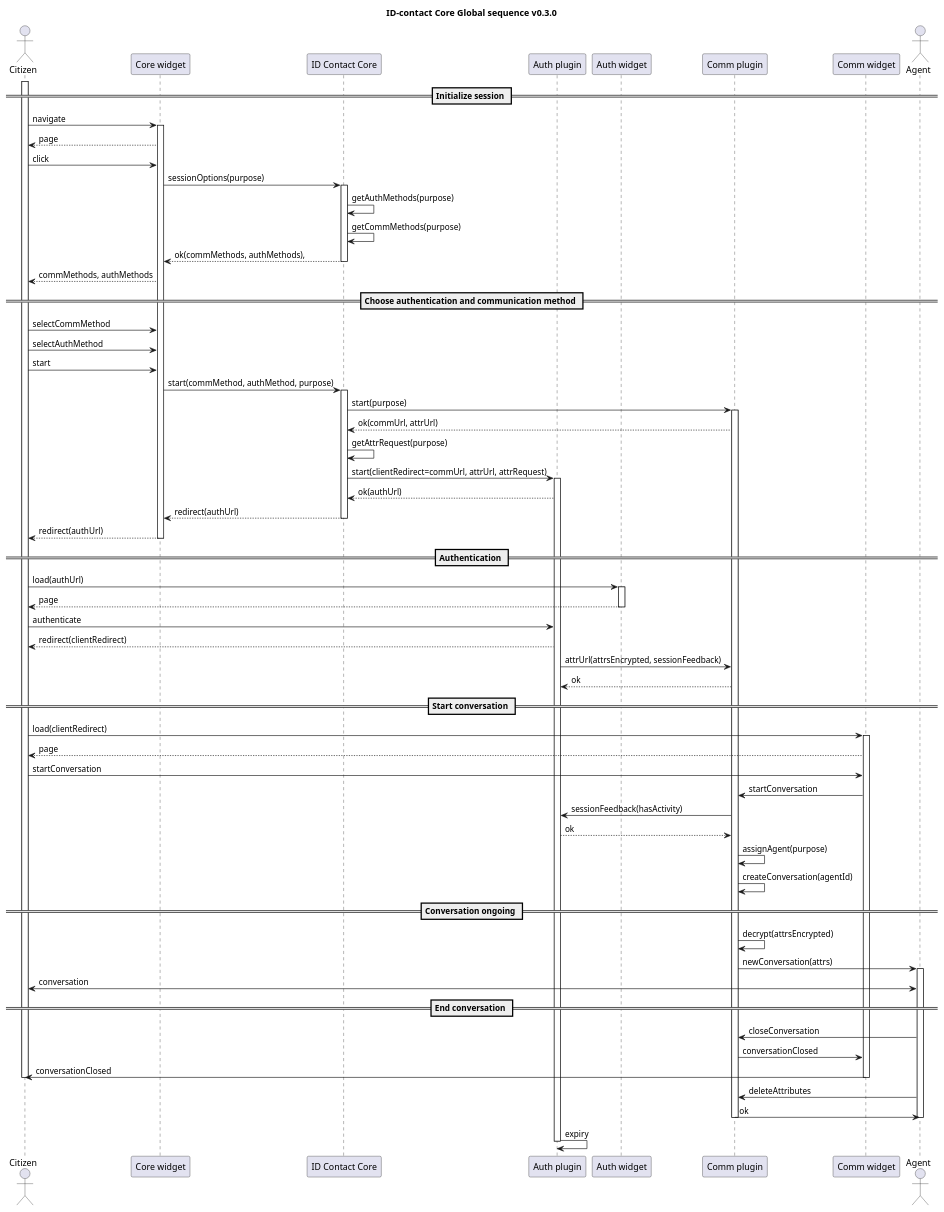
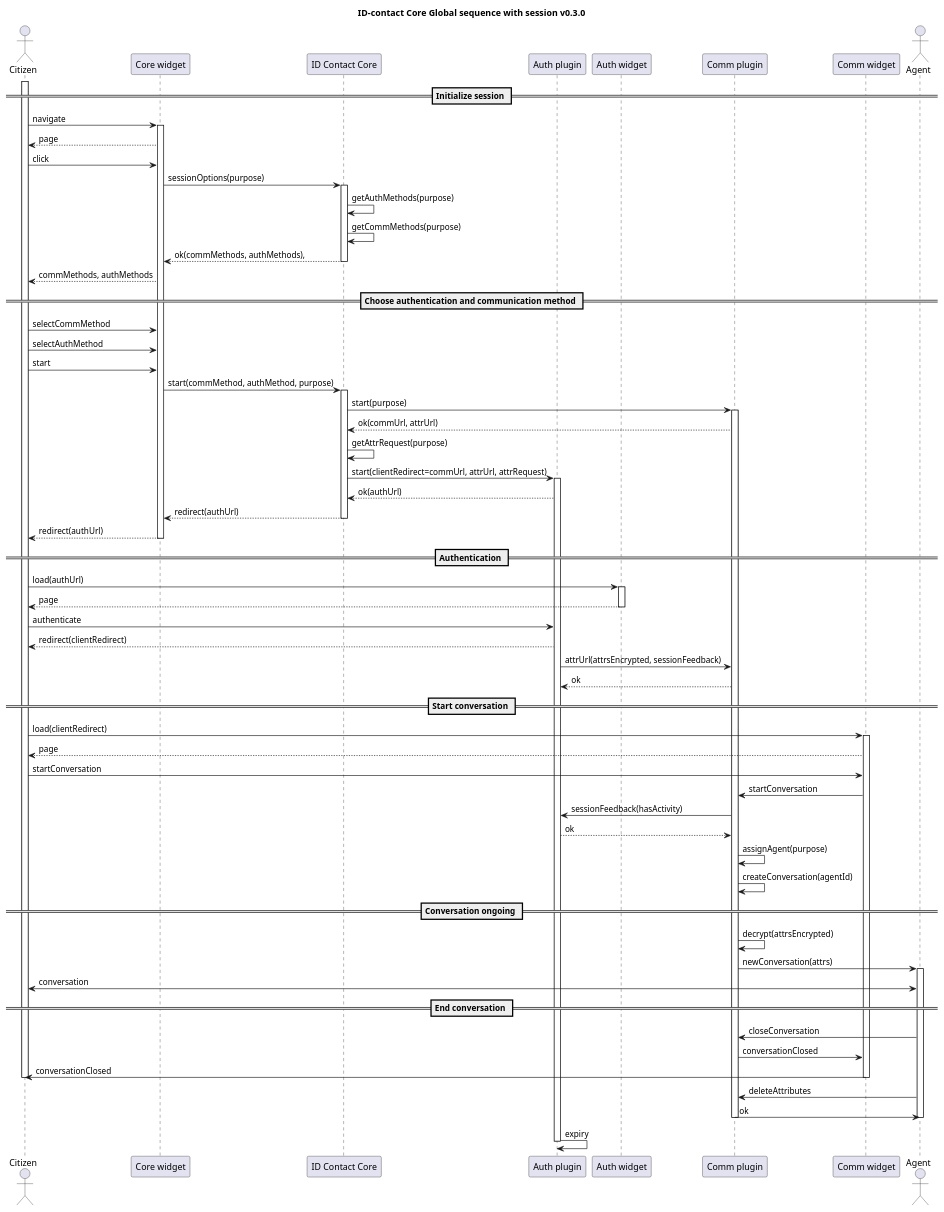
Before and after one commit to id-contact/docs: the diagram in docs/diagrams/with-session.puml, drawn with PlantUML. The commit also changed 1 other file, not shown here.

Commit message:
Update diagram titles

```diff
--- a/docs/diagrams/with-session.puml
+++ b/docs/diagrams/with-session.puml
@@ -2,97 +2,97 @@
 @startuml
-title ID-contact Core Global sequence v0.3.0
+title ID-contact Core Global sequence with session v0.3.0
 
 actor Citizen as citizen
 participant "Core widget" as widget
 participant "ID Contact Core" as core
 participant "Auth plugin" as auth_plugin
 participant "Auth widget" as auth_widget
 participant "Comm plugin" as comm_plugin
 participant "Comm widget" as comm_widget
 actor Agent as agent
 
 == Initialize session ==
 
 activate citizen
 citizen->widget: navigate
 activate widget
 widget-->citizen: page
 citizen->widget: click
 widget->core: sessionOptions(purpose)
 activate core
 core->core: getAuthMethods(purpose)
 core->core: getCommMethods(purpose)
 core-->widget: ok(commMethods, authMethods),
 deactivate core
 widget-->citizen: commMethods, authMethods
 
 == Choose authentication and communication method ==
 
 citizen->widget: selectCommMethod
 citizen->widget: selectAuthMethod
 citizen->widget: start
 widget->core: start(commMethod, authMethod, purpose)
 activate core
 core->comm_plugin: start(purpose)
 activate comm_plugin
 comm_plugin-->core: ok(commUrl, attrUrl)
 core->core: getAttrRequest(purpose)
 core->auth_plugin: start(clientRedirect=commUrl, attrUrl, attrRequest)
 activate auth_plugin
 auth_plugin-->core: ok(authUrl)
 core-->widget: redirect(authUrl)
 deactivate core
 widget-->citizen: redirect(authUrl)
 deactivate widget
 
 == Authentication ==
 
 citizen->auth_widget: load(authUrl)
 activate auth_widget
 auth_widget-->citizen: page
 deactivate auth_widget
 
 citizen->auth_plugin: authenticate
 auth_plugin-->citizen: redirect(clientRedirect)
 auth_plugin->comm_plugin: attrUrl(attrsEncrypted, sessionFeedback)
 comm_plugin-->auth_plugin: ok
 
 == Start conversation ==
 
 citizen->comm_widget: load(clientRedirect)
 activate comm_widget
 comm_widget-->citizen: page
 
 citizen->comm_widget: startConversation
 comm_widget->comm_plugin: startConversation
 
 comm_plugin->auth_plugin: sessionFeedback(hasActivity)
 auth_plugin-->comm_plugin: ok
 
 comm_plugin->comm_plugin: assignAgent(purpose)
 comm_plugin->comm_plugin: createConversation(agentId)
 
 == Conversation ongoing ==
 comm_plugin->comm_plugin: decrypt(attrsEncrypted)
 comm_plugin->agent: newConversation(attrs)
 
 activate agent
 citizen<->agent: conversation
 
 == End conversation ==
 agent->comm_plugin: closeConversation
 comm_plugin->comm_widget: conversationClosed
 deactivate widget
 comm_widget->citizen: conversationClosed
 deactivate comm_widget
 deactivate citizen
 agent->comm_plugin: deleteAttributes
 comm_plugin->agent: ok
 deactivate comm_plugin
 deactivate agent
 
 auth_plugin->auth_plugin: expiry
 deactivate auth_plugin
 
 
 @enduml
```
